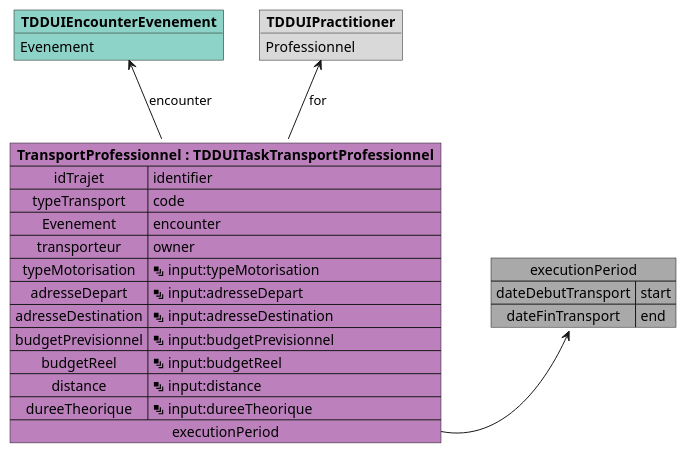
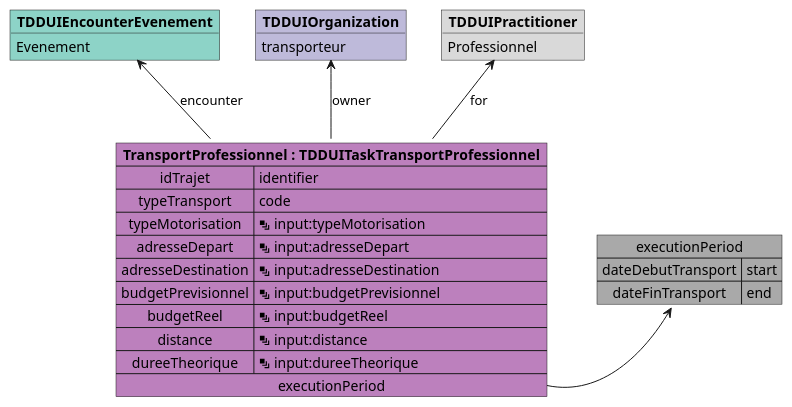
The diagram in input/images-source/mapping_TDDUITaskTransportProfessionnel.plantuml (ansforge/IG-fhir-medicosocial-transfert-donnees-dui), drawn with PlantUML before and after one commit. The commit also changed 9 other files, not shown here.

Commit message:
Update diagram mapping

```diff
--- a/input/images-source/mapping_TDDUITaskTransportProfessionnel.plantuml
+++ b/input/images-source/mapping_TDDUITaskTransportProfessionnel.plantuml
@@ -1,34 +1,37 @@
 @startuml
 
 map "executionPeriod" as executionPeriod #DarkGray {
     dateDebutTransport => start
     dateFinTransport => end
 }
 
 object "**TDDUIEncounterEvenement**" as TDDUIEncounterEvenement #8dd3c7 {
     Evenement
 }
 
+object "**TDDUIOrganization**" as TDDUIOrganization #bebada {
+    transporteur
+}
+
 object "**TDDUIPractitioner**" as TDDUIPractitioner #d9d9d9 {
     Professionnel
 }
 
 map "**TransportProfessionnel : TDDUITaskTransportProfessionnel**" as TransportProfessionnel #bc80bd {
     idTrajet => identifier
     typeTransport => code
-    Evenement => encounter
-    transporteur => owner
     typeMotorisation => <&layers> input:typeMotorisation
     adresseDepart => <&layers> input:adresseDepart
     adresseDestination => <&layers> input:adresseDestination
     budgetPrevisionnel => <&layers> input:budgetPrevisionnel
     budgetReel => <&layers> input:budgetReel
     distance => <&layers> input:distance
     dureeTheorique => <&layers> input:dureeTheorique
     executionPeriod *-> executionPeriod
 }
 
 TransportProfessionnel -u-> TDDUIPractitioner : for
+TransportProfessionnel -u-> TDDUIOrganization : owner
 TransportProfessionnel -u-> TDDUIEncounterEvenement : encounter
 
 @enduml
```
